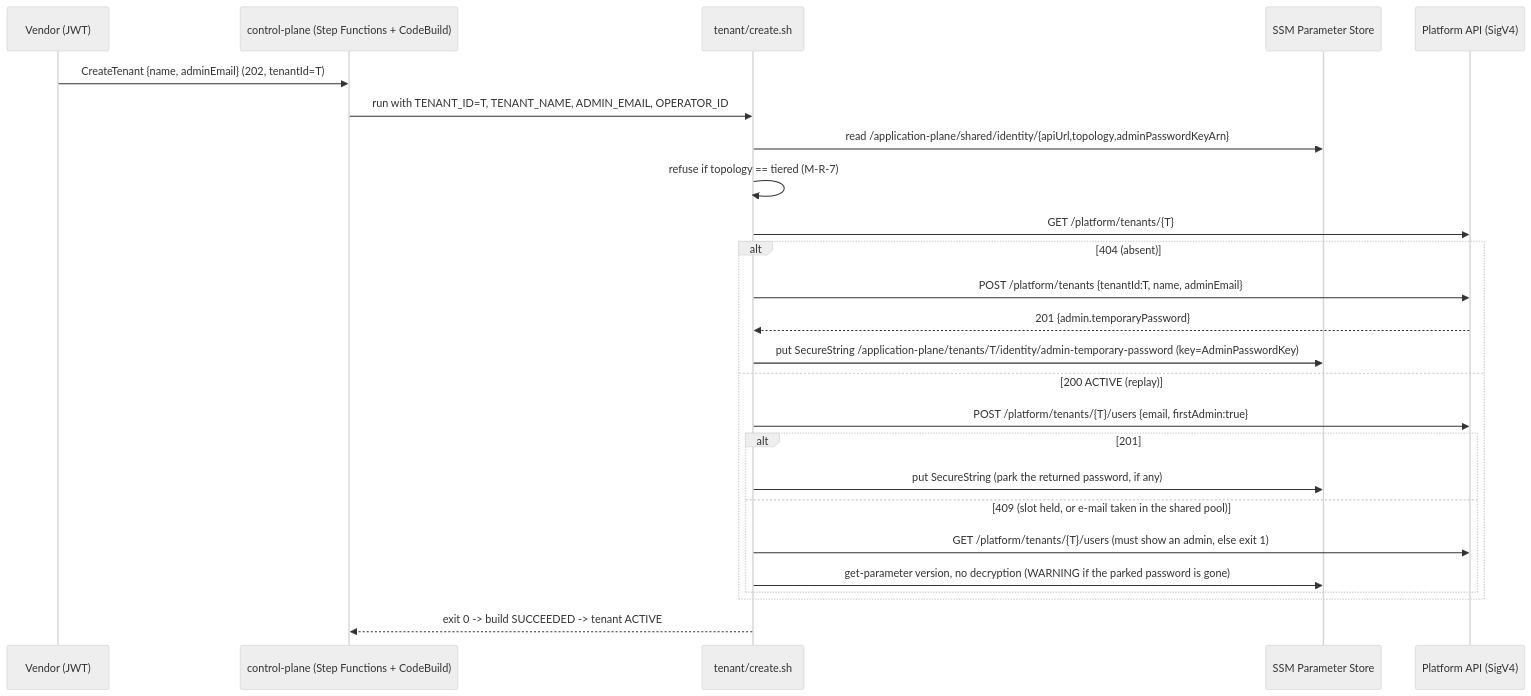
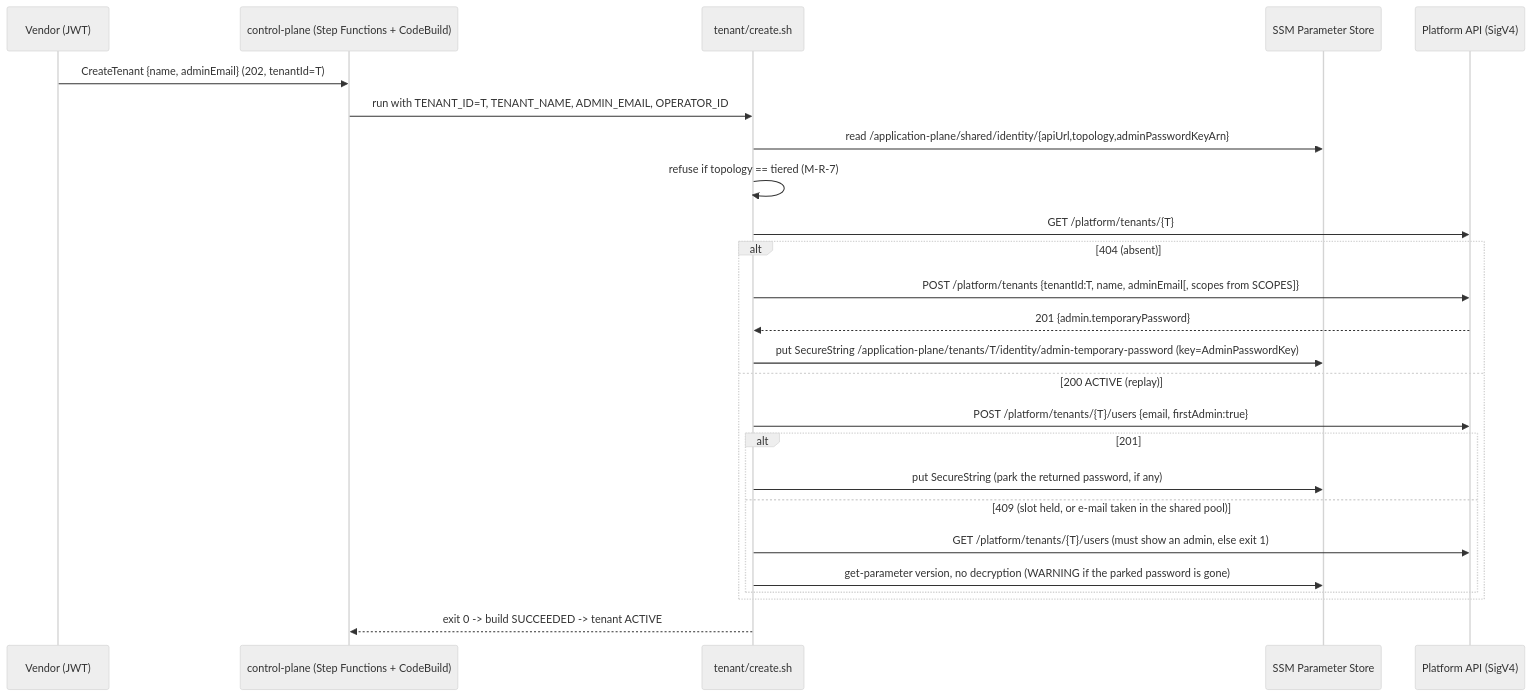
Before and after one commit to aws-samples/sample-agentic-ai-acceleration-patterns: the fifth of 5 diagrams in samples/tenant-identity/architecture.md, drawn with Mermaid (neutral theme). The commit also changed other lines of this file and 56 other files, not shown here.

````diff
--- a/samples/tenant-identity/architecture.md
+++ b/samples/tenant-identity/architecture.md
@@ -508,27 +578,27 @@
 ```mermaid
 sequenceDiagram
     participant V as Vendor (JWT)
     participant CP as control-plane (Step Functions + CodeBuild)
     participant S as tenant/create.sh
     participant SSM as SSM Parameter Store
     participant P as Platform API (SigV4)
     V->>CP: CreateTenant {name, adminEmail} (202, tenantId=T)
     CP->>S: run with TENANT_ID=T, TENANT_NAME, ADMIN_EMAIL, OPERATOR_ID
     S->>SSM: read /application-plane/shared/identity/{apiUrl,topology,adminPasswordKeyArn}
     S->>S: refuse if topology == tiered (M-R-7)
     S->>P: GET /platform/tenants/{T}
     alt 404 (absent)
-        S->>P: POST /platform/tenants {tenantId:T, name, adminEmail}
+        S->>P: POST /platform/tenants {tenantId:T, name, adminEmail[, scopes from SCOPES]}
         P-->>S: 201 {admin.temporaryPassword}
         S->>SSM: put SecureString /application-plane/tenants/T/identity/admin-temporary-password (key=AdminPasswordKey)
     else 200 ACTIVE (replay)
         S->>P: POST /platform/tenants/{T}/users {email, firstAdmin:true}
         alt 201
             S->>SSM: put SecureString (park the returned password, if any)
         else 409 (slot held, or e-mail taken in the shared pool)
             S->>P: GET /platform/tenants/{T}/users (must show an admin, else exit 1)
             S->>SSM: get-parameter version, no decryption (WARNING if the parked password is gone)
         end
     end
     S-->>CP: exit 0 -> build SUCCEEDED -> tenant ACTIVE
 ```
````
